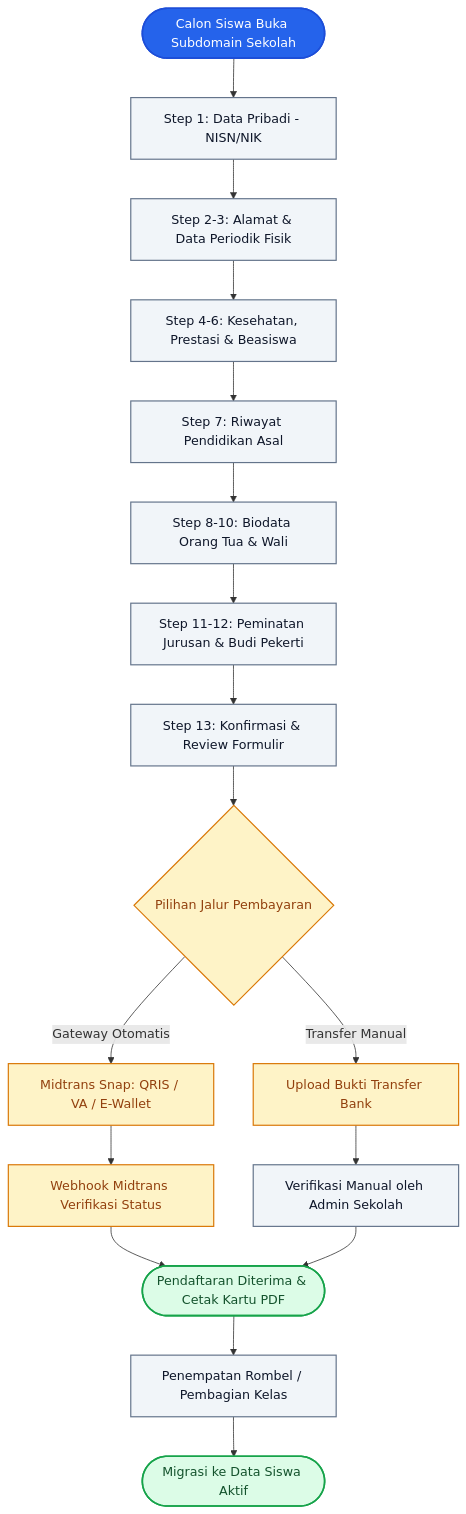
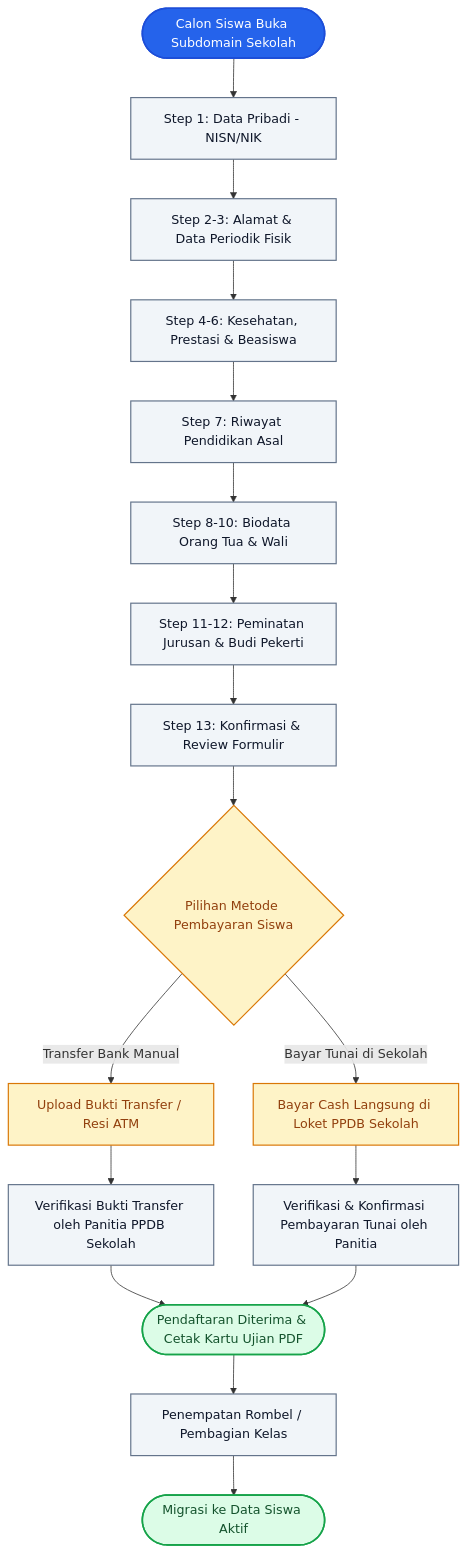
One commit to Algi221/CationGate changed the first of 2 diagrams in README.md. Above: the diagram before and after it, drawn with Mermaid. The commit also changed other lines of this file, not shown here.

Commit message:
docs: clarify payment workflows - manual/cash for students and Midtrans for SaaS subscriptions

````diff
--- a/README.md
+++ b/README.md
@@ -161,27 +161,27 @@
 ```mermaid
 graph TD
     classDef startEnd fill:#2563EB,stroke:#1D4ED8,stroke-width:2px,color:#fff;
     classDef process fill:#F1F5F9,stroke:#64748B,stroke-width:1.5px,color:#0F172A;
     classDef payment fill:#FEF3C7,stroke:#D97706,stroke-width:1.5px,color:#92400E;
     classDef success fill:#DCFCE7,stroke:#16A34A,stroke-width:2px,color:#14532D;
 
     A([Calon Siswa Buka Subdomain Sekolah]):::startEnd --> B[Step 1: Data Pribadi - NISN/NIK]:::process
     B --> C[Step 2-3: Alamat & Data Periodik Fisik]:::process
     C --> D[Step 4-6: Kesehatan, Prestasi & Beasiswa]:::process
     D --> E[Step 7: Riwayat Pendidikan Asal]:::process
     E --> F[Step 8-10: Biodata Orang Tua & Wali]:::process
     F --> G[Step 11-12: Peminatan Jurusan & Budi Pekerti]:::process
     G --> H[Step 13: Konfirmasi & Review Formulir]:::process
     
-    H --> I{Pilihan Jalur Pembayaran}:::payment
-    I -- Gateway Otomatis --> J[Midtrans Snap: QRIS / VA / E-Wallet]:::payment
-    I -- Transfer Manual --> K[Upload Bukti Transfer Bank]:::payment
+    H --> I{Pilihan Metode Pembayaran Siswa}:::payment
+    I -- Transfer Bank Manual --> J[Upload Bukti Transfer / Resi ATM]:::payment
+    I -- Bayar Tunai di Sekolah --> K[Bayar Cash Langsung di Loket PPDB Sekolah]:::payment
 
-    J --> L[Webhook Midtrans Verifikasi Status]:::payment
-    K --> M[Verifikasi Manual oleh Admin Sekolah]:::process
+    J --> L[Verifikasi Bukti Transfer oleh Panitia PPDB Sekolah]:::process
+    K --> M[Verifikasi & Konfirmasi Pembayaran Tunai oleh Panitia]:::process
 
-    L --> N([Pendaftaran Diterima & Cetak Kartu PDF]):::success
+    L --> N([Pendaftaran Diterima & Cetak Kartu Ujian PDF]):::success
     M --> N
     N --> O[Penempatan Rombel / Pembagian Kelas]:::process
     O --> P([Migrasi ke Data Siswa Aktif]):::success
 ```
````
